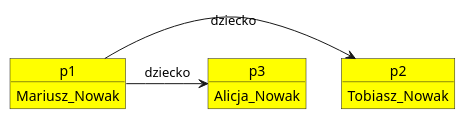
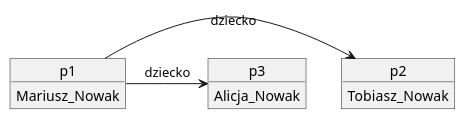
Before and after one commit to EnormiE/java-lab-2025: the diagram in genealogy/peopleSchemes/Mariusz_Nowak.puml, drawn with PlantUML. The commit also changed 3 other files, not shown here.

```diff
--- a/genealogy/peopleSchemes/Mariusz_Nowak.puml
+++ b/genealogy/peopleSchemes/Mariusz_Nowak.puml
@@ -1,16 +1,16 @@
 @startuml
-object p1#Yellow{
+object p1{
 Mariusz_Nowak
 }
-object p2#Yellow{
+object p2{
 Tobiasz_Nowak
 }
 
 p1 -> p2 : dziecko
-object p3#Yellow{
+object p3{
 Alicja_Nowak
 }
 
 p1 -> p3 : dziecko
 
 @enduml
```
